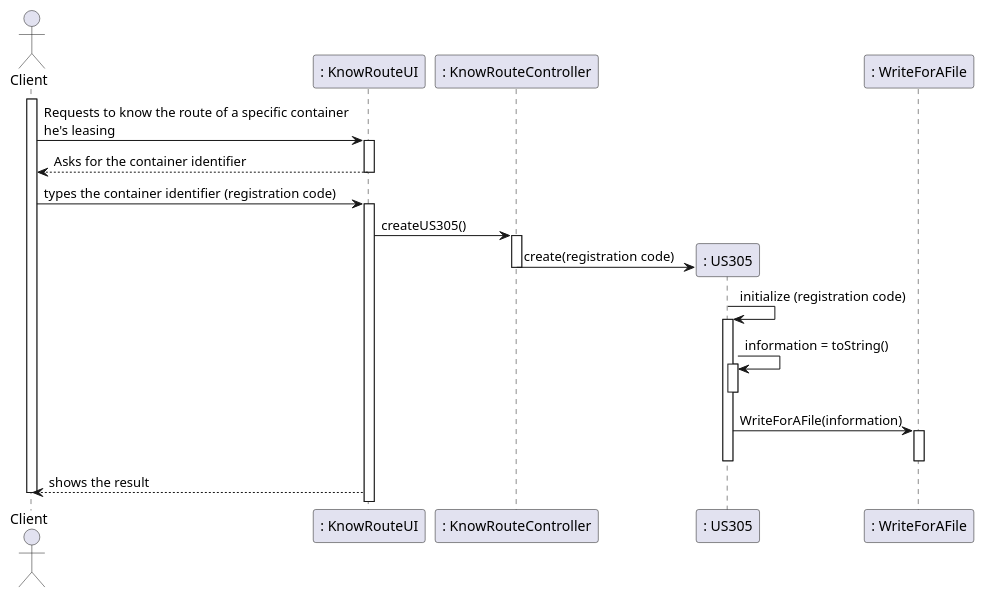
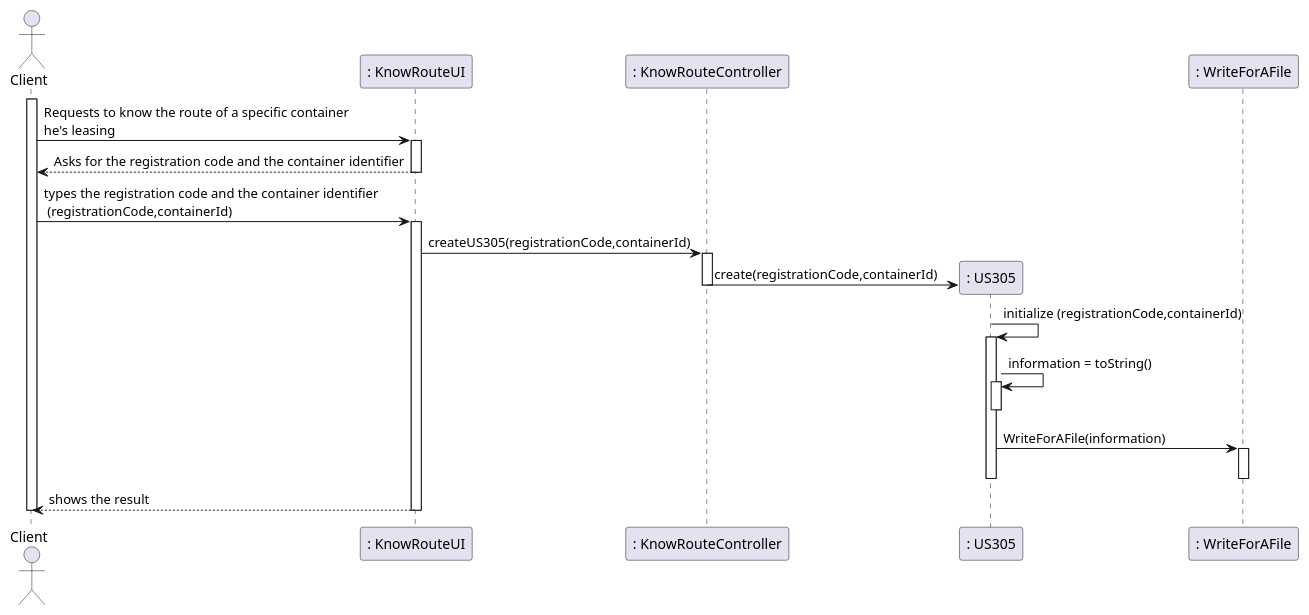
Before and after one commit to 0franciscor/lapr3-2021-g042: the diagram in docs/US305/US305_SD.puml, drawn with PlantUML. The commit also changed 12 other files, not shown here.

```diff
--- a/docs/US305/US305_SD.puml
+++ b/docs/US305/US305_SD.puml
@@ -1,38 +1,34 @@
 @startuml
 'https://plantuml.com/sequence-diagram
 actor "Client" as C
 participant ": KnowRouteUI" as UI
 participant ": KnowRouteController" as CT
 participant ": US305" as US
 participant ": WriteForAFile" as WF
 
-
 activate C
 C -> UI : Requests to know the route of a specific container \nhe's leasing
 activate UI
-UI --> C : Asks for the container identifier
+UI --> C : Asks for the registration code and the container identifier
 deactivate UI
 
-
-C -> UI : types the container identifier (registration code)
+C -> UI : types the registration code and the container identifier\n (registrationCode,containerId)
 activate UI
-UI-> CT : createUS305()
+UI-> CT : createUS305(registrationCode,containerId)
 activate CT
-CT -> US** : create(registration code)
+CT -> US** : create(registrationCode,containerId)
 deactivate CT
-US -> US : initialize (registration code)
+US -> US : initialize (registrationCode,containerId)
 activate US
 US -> US : information = toString()
 activate US
 deactivate US
 US -> WF : WriteForAFile(information)
 activate WF
 deactivate WF
 deactivate US
 UI-->C : shows the result
+deactivate UI
 deactivate C
 
-
-
-
 @enduml
```
